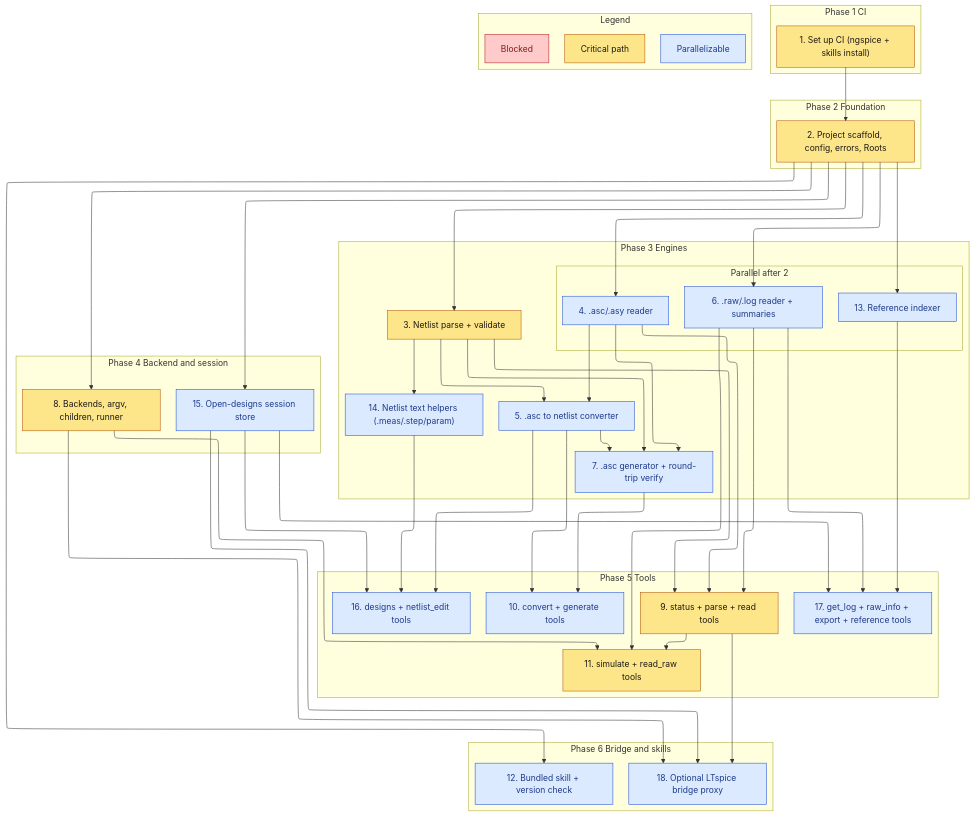
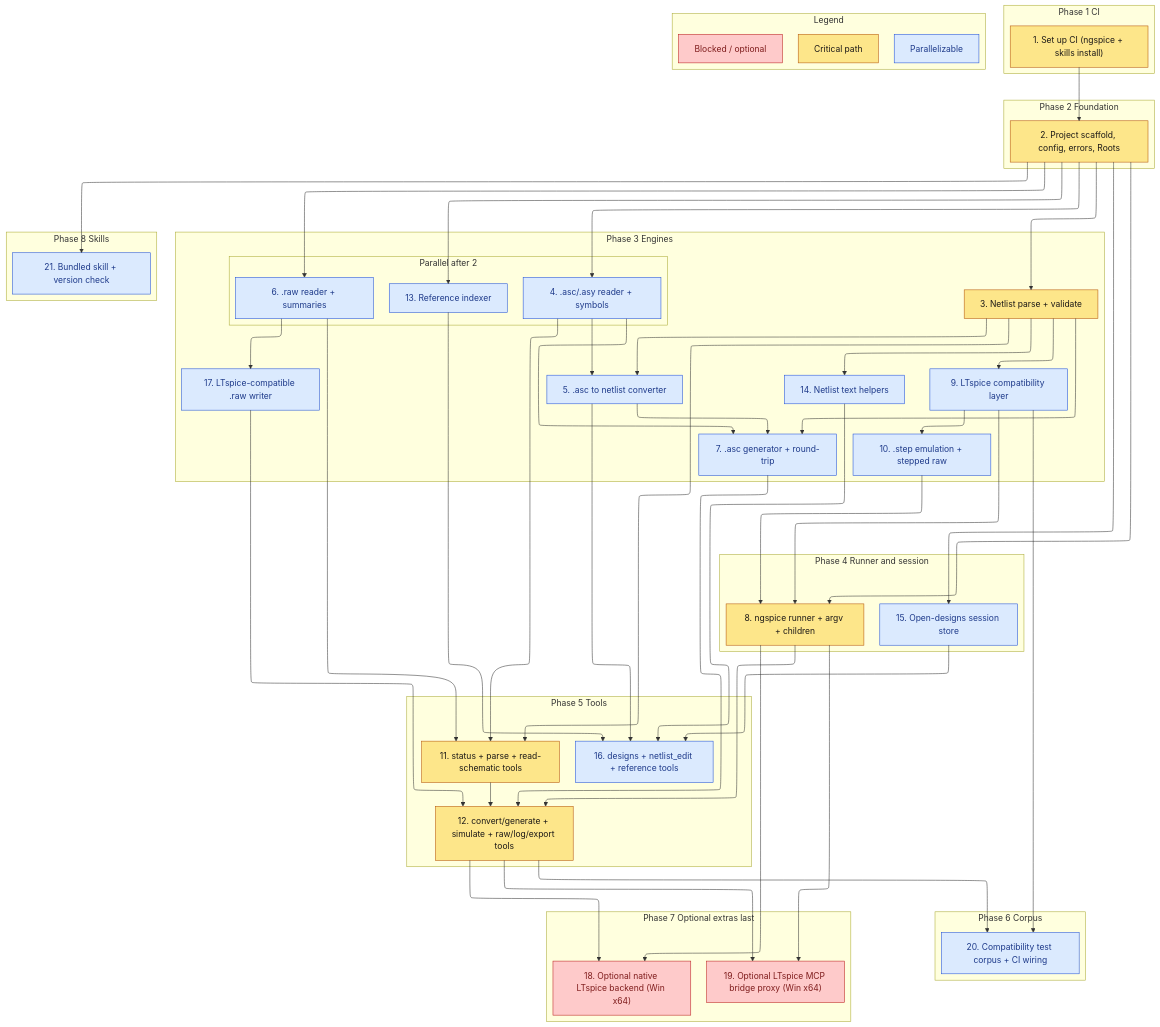
One commit to sohampatwardhan/openspice-mcp changed the diagram in .kiro/specs/openspice-mcp/tasks.md. Above: the diagram before and after it, drawn with Mermaid. The commit also changed other lines of this file and 4 other files, not shown here.

First line of the commit message:
docs(spec): make ngspice the sole engine with LTspice file fidelity

```diff
--- a/.kiro/specs/openspice-mcp/tasks.md
+++ b/.kiro/specs/openspice-mcp/tasks.md
@@ -21,33 +21,40 @@
   subgraph phase3 [Phase 3 Engines]
     t3["3. Netlist parse + validate"]
     subgraph parallel3 [Parallel after 2]
-      t4["4. .asc/.asy reader"]
-      t6["6. .raw/.log reader + summaries"]
+      t4["4. .asc/.asy reader + symbols"]
+      t6["6. .raw reader + summaries"]
       t13["13. Reference indexer"]
     end
     t5["5. .asc to netlist converter"]
-    t7["7. .asc generator + round-trip verify"]
-    t14["14. Netlist text helpers (.meas/.step/param)"]
+    t7["7. .asc generator + round-trip"]
+    t14["14. Netlist text helpers"]
+    t9["9. LTspice compatibility layer"]
+    t10["10. .step emulation + stepped raw"]
+    t17["17. LTspice-compatible .raw writer"]
   end
-  subgraph phase4 [Phase 4 Backend and session]
-    t8["8. Backends, argv, children, runner"]
+  subgraph phase4 [Phase 4 Runner and session]
+    t8["8. ngspice runner + argv + children"]
     t15["15. Open-designs session store"]
   end
   subgraph phase5 [Phase 5 Tools]
-    t9["9. status + parse + read tools"]
-    t10["10. convert + generate tools"]
-    t11["11. simulate + read_raw tools"]
-    t16["16. designs + netlist_edit tools"]
-    t17["17. get_log + raw_info + export + reference tools"]
+    t11["11. status + parse + read-schematic tools"]
+    t12["12. convert/generate + simulate + raw/log/export tools"]
+    t16["16. designs + netlist_edit + reference tools"]
   end
-  subgraph phase6 [Phase 6 Bridge and skills]
-    t18["18. Optional LTspice bridge proxy"]
-    t12["12. Bundled skill + version check"]
+  subgraph phase6 [Phase 6 Corpus]
+    t20["20. Compatibility test corpus + CI wiring"]
+  end
+  subgraph phase7 [Phase 7 Optional extras last]
+    t18["18. Optional native LTspice backend (Win x64)"]
+    t19["19. Optional LTspice MCP bridge proxy (Win x64)"]
+  end
+  subgraph phase8 [Phase 8 Skills]
+    t21["21. Bundled skill + version check"]
   end
   subgraph legend [Legend]
     legCrit["Critical path"]
     legPar["Parallelizable"]
-    legBlock["Blocked"]
+    legBlock["Blocked / optional"]
   end
   t1 --> t2
   t2 --> t3
@@ -60,31 +67,37 @@
   t4 --> t7
   t5 --> t7
   t3 --> t14
+  t3 --> t9
+  t9 --> t10
+  t6 --> t17
   t2 --> t8
+  t9 --> t8
+  t10 --> t8
   t2 --> t15
-  t3 --> t9
-  t4 --> t9
-  t6 --> t9
-  t5 --> t10
-  t7 --> t10
-  t8 --> t11
-  t9 --> t11
+  t3 --> t11
+  t4 --> t11
   t6 --> t11
+  t8 --> t12
+  t11 --> t12
+  t7 --> t12
+  t17 --> t12
   t15 --> t16
   t14 --> t16
+  t13 --> t16
   t5 --> t16
-  t6 --> t17
-  t13 --> t17
-  t15 --> t17
+  t12 --> t20
+  t9 --> t20
   t8 --> t18
-  t15 --> t18
-  t9 --> t18
-  t2 --> t12
+  t12 --> t18
+  t8 --> t19
+  t12 --> t19
+  t2 --> t21
   classDef critical fill:#fde68a,stroke:#b45309,color:#1c1917
   classDef parallel fill:#dbeafe,stroke:#1d4ed8,color:#1e3a8a
   classDef blocked fill:#fecaca,stroke:#b91c1c,color:#7f1d1d
-  class t1,t2,t3,t8,t9,t11 critical
-  class t4,t5,t6,t7,t10,t12,t13,t14,t15,t16,t17,t18 parallel
+  class t1,t2,t3,t8,t11,t12 critical
+  class t4,t5,t6,t7,t9,t10,t13,t14,t15,t16,t17,t20,t21 parallel
+  class t18,t19 blocked
   class legCrit critical
   class legPar parallel
   class legBlock blocked
```
